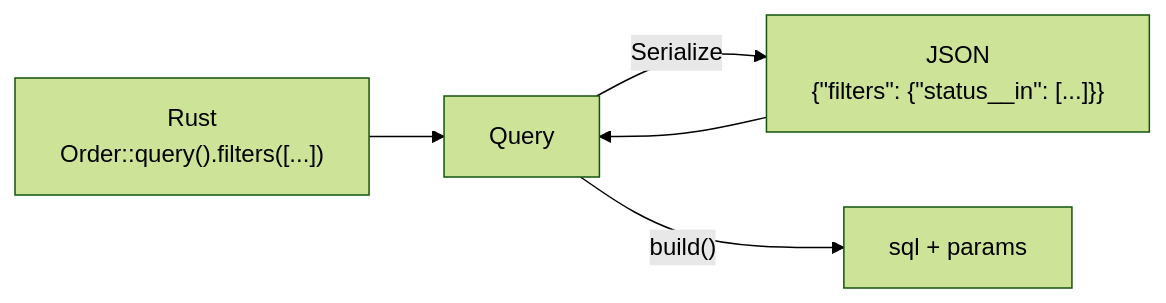
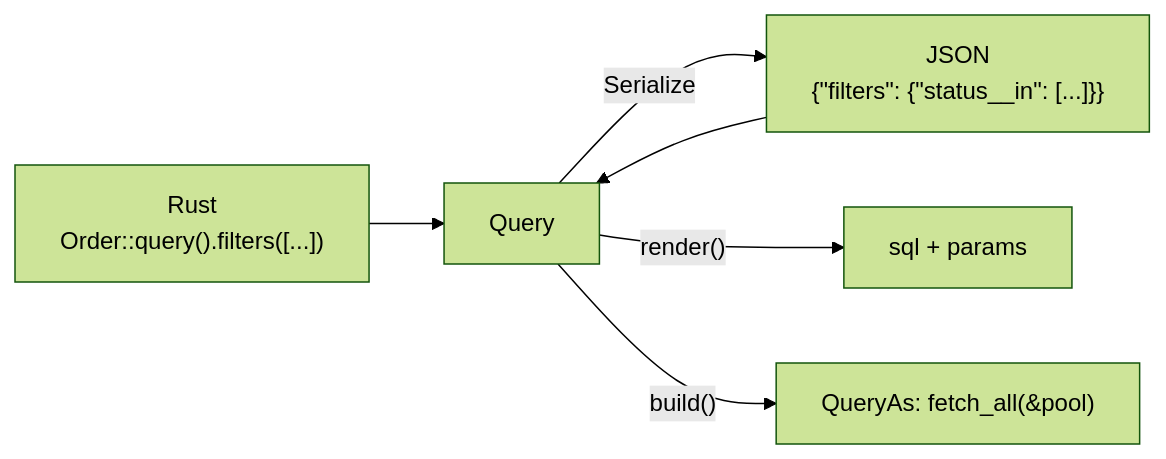
One commit to Ciantic/app-frame changed the diagram in docs/query-builder.md. Above: the diagram before and after it, drawn with Mermaid (forest theme). The commit also changed other lines of this file and 12 other files, not shown here.

````diff
--- a/docs/query-builder.md
+++ b/docs/query-builder.md
@@ -16,7 +16,8 @@
 ```mermaid
 graph LR
   A["Rust<br/>Order::query().filters([...])"] --> Q["Query<OrderColumn>"]
   B["JSON<br/>{&quot;filters&quot;: {&quot;status__in&quot;: [...]}}"] --> Q
   Q -->|"Serialize"| B
-  Q -->|"build()"| S["sql + params"]
+  Q -->|"render()"| S["sql + params"]
+  Q -->|"build()"| R["QueryAs: fetch_all(&pool)"]
 ```
````
